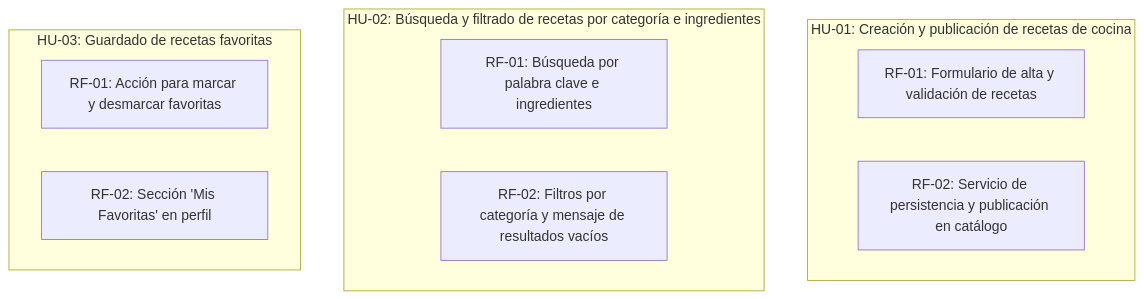
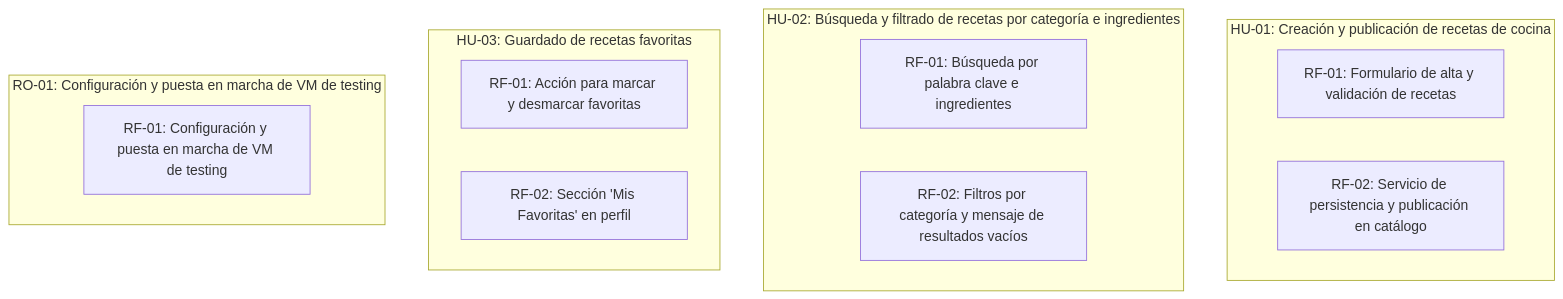
The diagram in scrumDocs/grafo.md (SVGiannoni/RecetasPanaRossi), drawn with Mermaid before and after one commit. The commit also changed other lines of this file, not shown here.

Commit message:
Auto-publish: actualiza scrumDocs/grafo.md

````diff
--- a/scrumDocs/grafo.md
+++ b/scrumDocs/grafo.md
@@ -5,15 +5,18 @@
 ```mermaid
 graph TD
   subgraph US_1788784804716["HU-01: Creación y publicación de recetas de cocina"]
     REQ_1788785182545["RF-01: Formulario de alta y validación de recetas"]
     REQ_1788785196739["RF-02: Servicio de persistencia y publicación en catálogo"]
   end
   subgraph US_1788784817567["HU-02: Búsqueda y filtrado de recetas por categoría e ingredientes"]
     REQ_1788785446610["RF-01: Búsqueda por palabra clave e ingredientes"]
     REQ_1788785477255["RF-02: Filtros por categoría y mensaje de resultados vacíos"]
   end
   subgraph US_1788784829317["HU-03: Guardado de recetas favoritas"]
     REQ_1788785498187["RF-01: Acción para marcar y desmarcar favoritas"]
     REQ_1788785510602["RF-02: Sección 'Mis Favoritas' en perfil"]
   end
+  subgraph US_1788785524805["RO-01: Configuración y puesta en marcha de VM de testing"]
+    REQ_1788785524811["RF-01: Configuración y puesta en marcha de VM de testing"]
+  end
 ```
````
